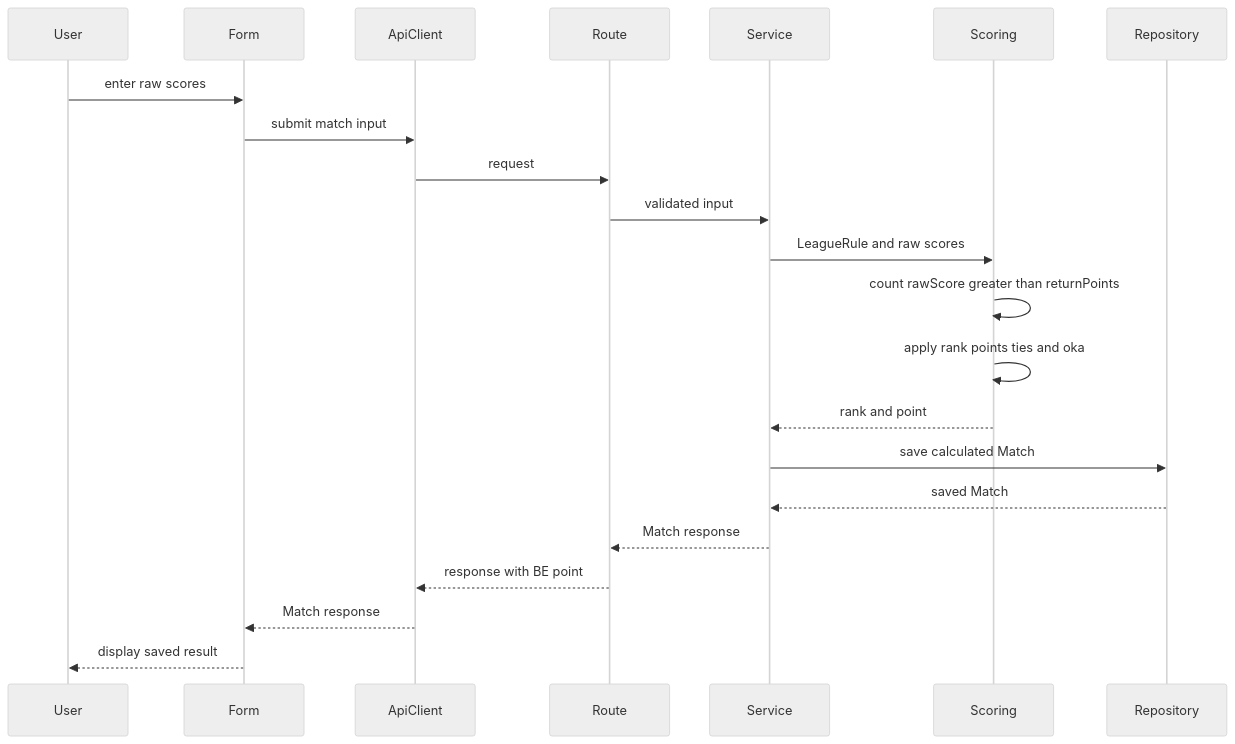
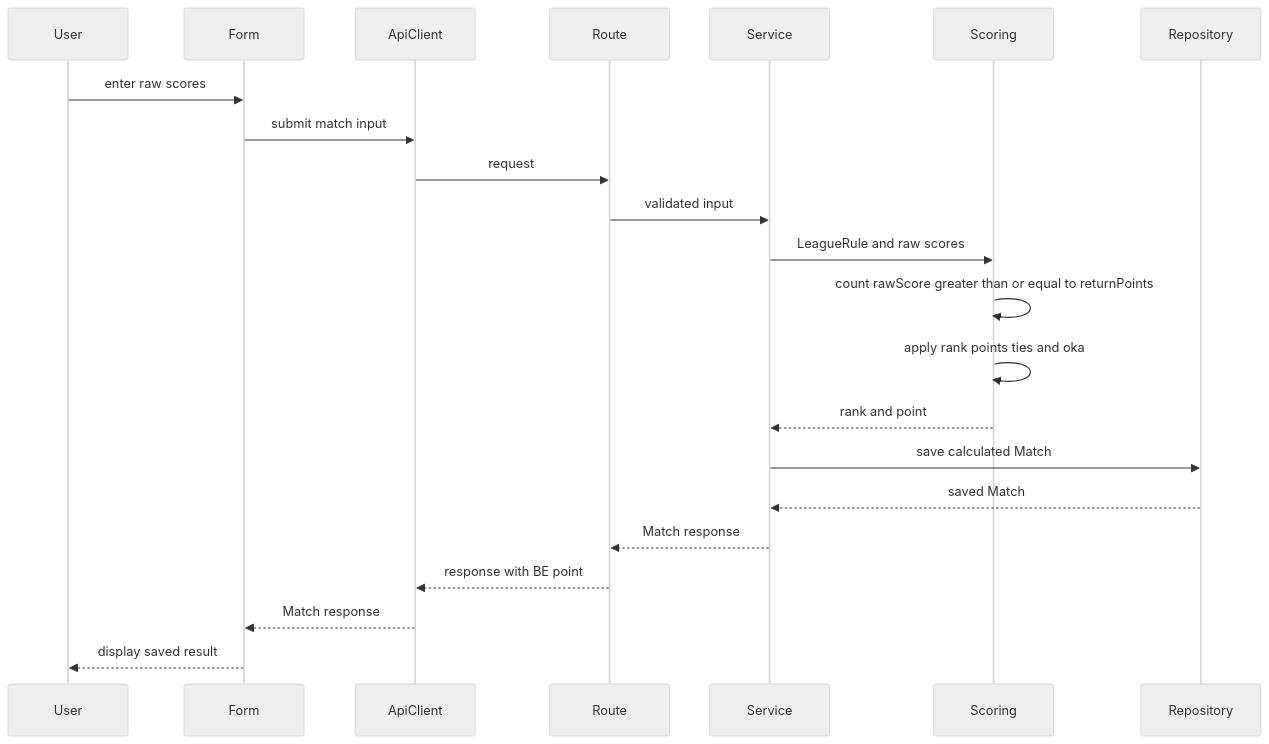
The second of 2 diagrams in .kiro/specs/variable-rank-points/design.md (sora-tt/jongbo-mahjong-record), drawn with Mermaid (neutral theme) before and after one commit. The commit also changed other lines of this file and 12 other files, not shown here.

Commit message:
fix(scoring): count return-point ties as floating

````diff
--- a/.kiro/specs/variable-rank-points/design.md
+++ b/.kiro/specs/variable-rank-points/design.md
@@ -88,24 +88,24 @@
 ```mermaid
 sequenceDiagram
   participant User
   participant Form
   participant ApiClient
   participant Route
   participant Service
   participant Scoring
   participant Repository
   User->>Form: enter raw scores
   Form->>ApiClient: submit match input
   ApiClient->>Route: request
   Route->>Service: validated input
   Service->>Scoring: LeagueRule and raw scores
-  Scoring->>Scoring: count rawScore greater than returnPoints
+  Scoring->>Scoring: count rawScore greater than or equal to returnPoints
   Scoring->>Scoring: apply rank points ties and oka
   Scoring-->>Service: rank and point
   Service->>Repository: save calculated Match
   Repository-->>Service: saved Match
   Service-->>Route: Match response
   Route-->>ApiClient: response with BE point
   ApiClient-->>Form: Match response
   Form-->>User: display saved result
 ```
````
